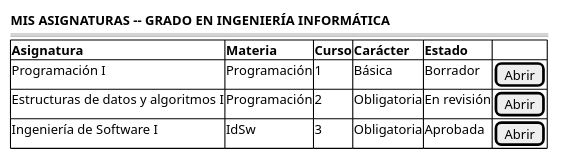
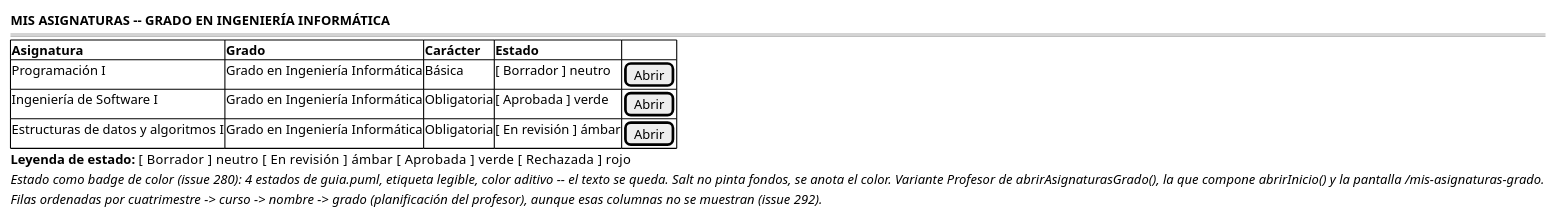
The second of 2 diagrams in RUP/01-requisitos/03-detalle-casos-uso/abrirAsignaturasGrado/wireframes.puml (mmasias/pyCeldaPublico), drawn with PlantUML before and after one commit. The commit also changed other lines of this file and 393 other files, not shown here.

```diff
--- a/RUP/01-requisitos/03-detalle-casos-uso/abrirAsignaturasGrado/wireframes.puml
+++ b/RUP/01-requisitos/03-detalle-casos-uso/abrirAsignaturasGrado/wireframes.puml
@@ -16,13 +19,16 @@
 @startsalt abrirAsignaturasGrado-wireframe-porProfesor
 {
     <b>MIS ASIGNATURAS -- GRADO EN INGENIERÍA INFORMÁTICA</b>
     ====
     {#
-    <b>Asignatura                          | <b>Materia    | <b>Curso  | <b>Carácter |<b>Estado| .
-    Programación I                         | Programación  | 1         | Básica |Borrador| [Abrir]
-    Estructuras de datos y algoritmos I    | Programación  | 2         | Obligatoria |En revisión| [Abrir]
-    Ingeniería de Software I               | IdSw          | 3         | Obligatoria |Aprobada| [Abrir]
+    <b>Asignatura                          | <b>Grado                          | <b>Carácter |<b>Estado| .
+    Programación I                         | Grado en Ingeniería Informática    | Básica |[ Borrador ] neutro| [Abrir]
+    Ingeniería de Software I               | Grado en Ingeniería Informática    | Obligatoria |[ Aprobada ] verde| [Abrir]
+    Estructuras de datos y algoritmos I    | Grado en Ingeniería Informática    | Obligatoria |[ En revisión ] ámbar| [Abrir]
 
     }
+    <b>Leyenda de estado:</b> [ Borrador ] neutro   [ En revisión ] ámbar   [ Aprobada ] verde   [ Rechazada ] rojo
+    <i>Estado como badge de color (issue 280): 4 estados de guia.puml, etiqueta legible, color aditivo -- el texto se queda. Salt no pinta fondos, se anota el color. Variante Profesor de abrirAsignaturasGrado(), la que compone abrirInicio() y la pantalla /mis-asignaturas-grado.</i>
+    <i>Filas ordenadas por cuatrimestre -> curso -> nombre -> grado (planificación del profesor), aunque esas columnas no se muestran (issue 292).</i>
 }
 @endsalt
```
